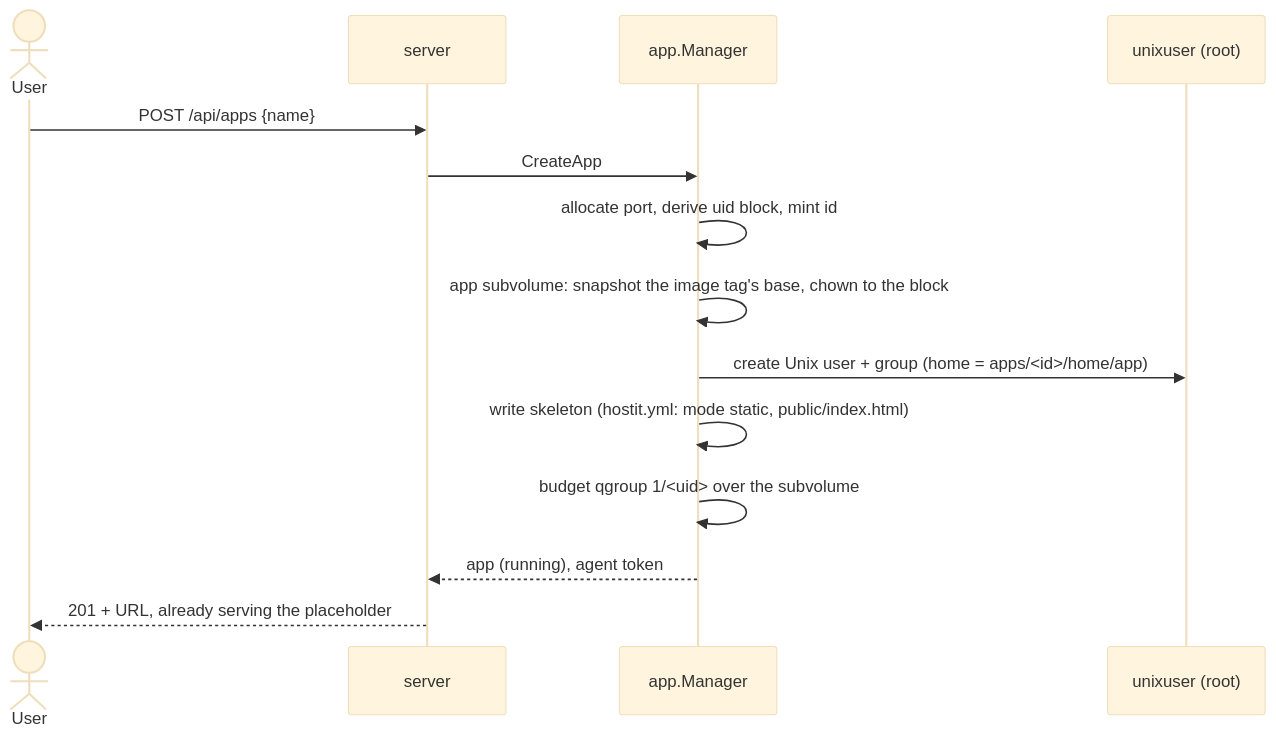
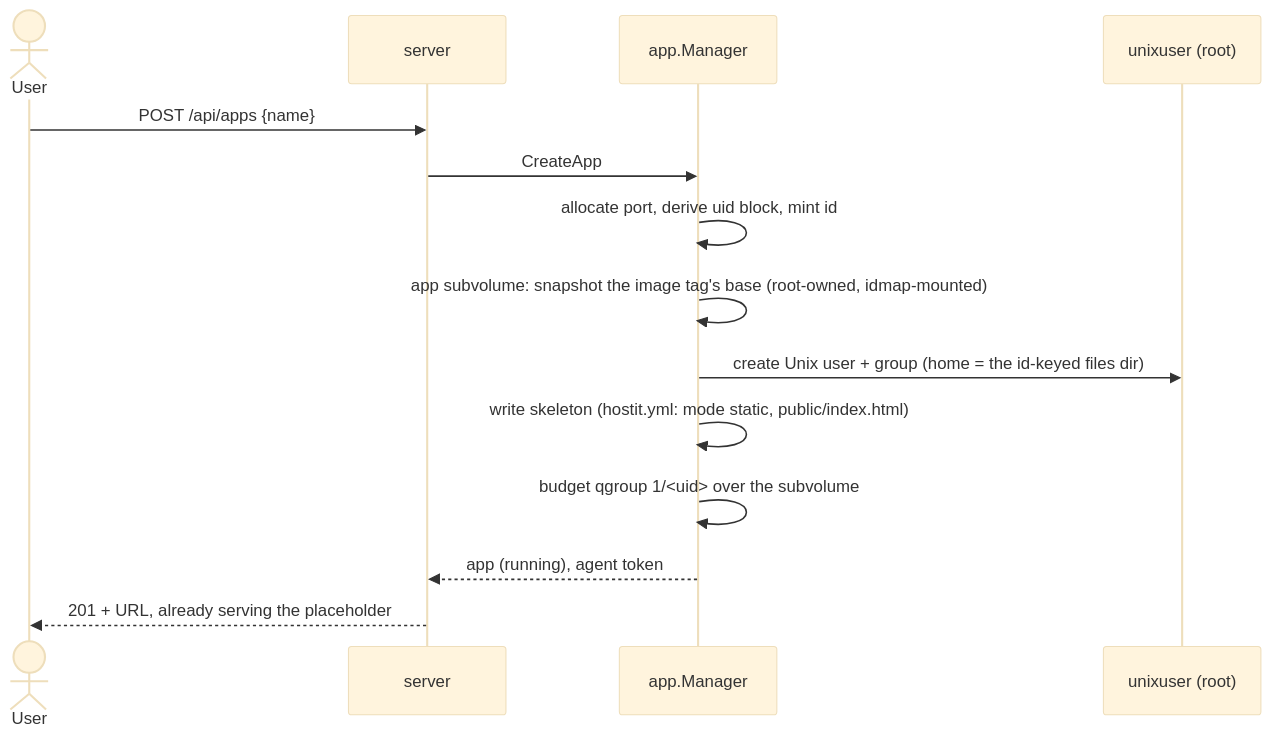
One commit to binwiederhier/hostit changed the fifth of 9 diagrams in docs/slides/presentations/tech-overview.md. Above: the diagram before and after it, drawn with Mermaid (base theme). The commit also changed other lines of this file and 14 other files, not shown here.

````diff
--- a/docs/slides/presentations/tech-overview.md
+++ b/docs/slides/presentations/tech-overview.md
@@ -267,16 +267,16 @@
 ```mermaid {scale: 0.6}
 sequenceDiagram
     actor User
     participant S as server
     participant M as app.Manager
     participant Sys as unixuser (root)
     User->>S: POST /api/apps {name}
     S->>M: CreateApp
     M->>M: allocate port, derive uid block, mint id
-    M->>M: app subvolume: snapshot the image tag's base, chown to the block
-    M->>Sys: create Unix user + group (home = apps/<id>/home/app)
+    M->>M: app subvolume: snapshot the image tag's base (root-owned, idmap-mounted)
+    M->>Sys: create Unix user + group (home = the id-keyed files dir)
     M->>M: write skeleton (hostit.yml: mode static, public/index.html)
     M->>M: budget qgroup 1/<uid> over the subvolume
     M-->>S: app (running), agent token
     S-->>User: 201 + URL, already serving the placeholder
 ```
````
